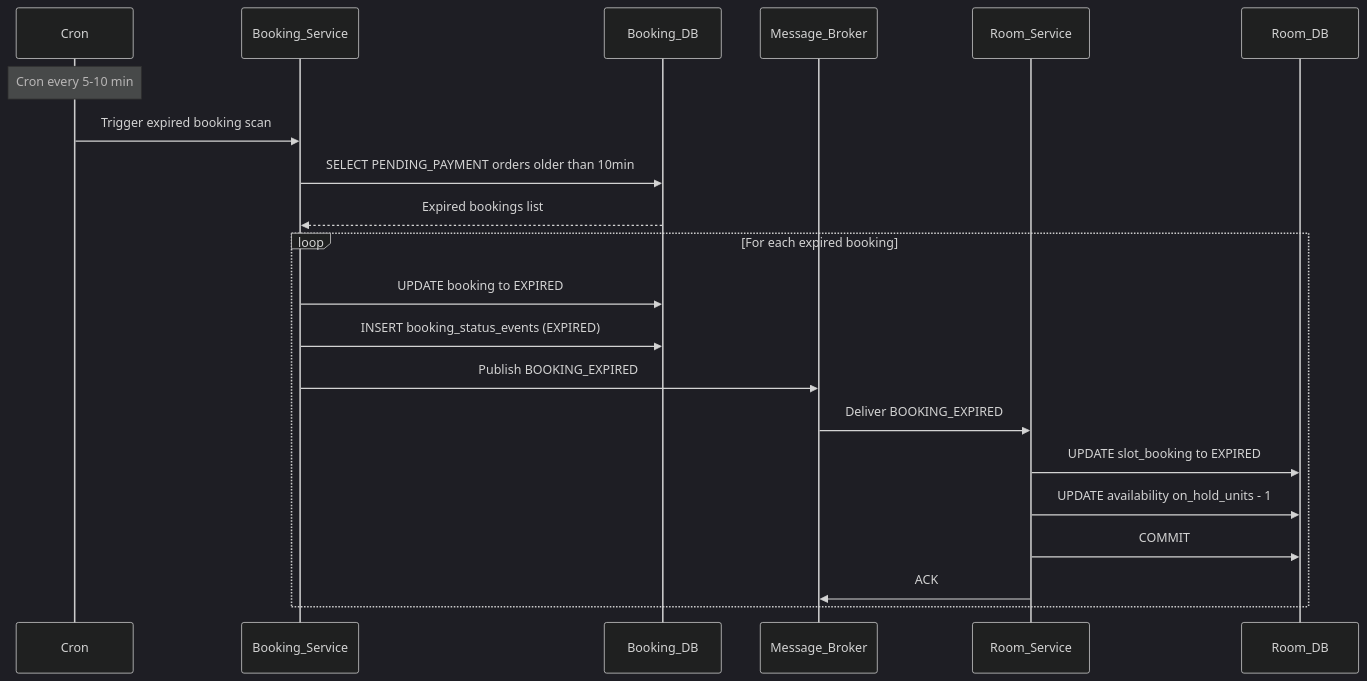
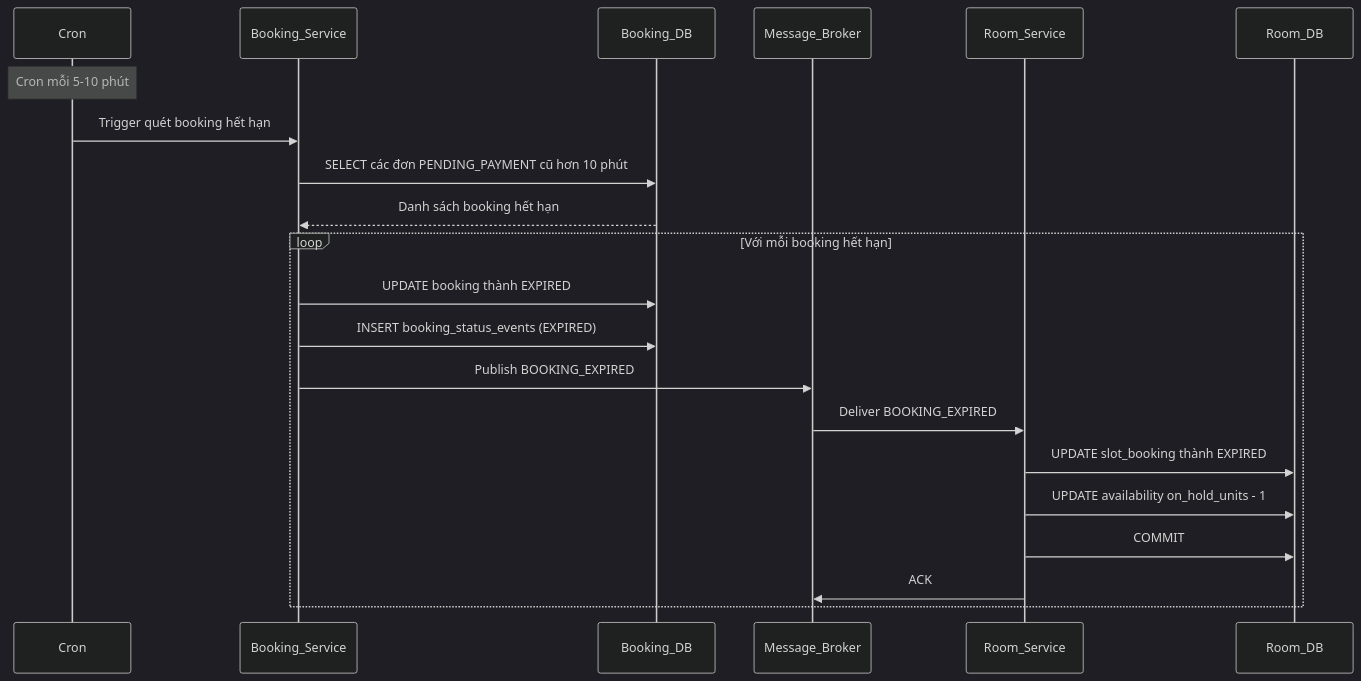
Before and after one commit to PhamVietHoangFPT/databaseHomi: the seventh of 54 diagrams in Mermaid.md, drawn with Mermaid (dark theme). The commit also changed other lines of this file and 3 other files, not shown here.

````diff
--- a/Mermaid.md
+++ b/Mermaid.md
@@ -345,25 +345,25 @@
 ```mermaid
 sequenceDiagram
     participant Cron
     participant Booking_Service
     participant Booking_DB
     participant Message_Broker
     participant Room_Service
     participant Room_DB
 
-    Note over Cron: Cron every 5-10 min
-    Cron->>Booking_Service: Trigger expired booking scan
-    Booking_Service->>Booking_DB: SELECT PENDING_PAYMENT orders older than 10min
-    Booking_DB-->>Booking_Service: Expired bookings list
+    Note over Cron: Cron mỗi 5-10 phút
+    Cron->>Booking_Service: Trigger quét booking hết hạn
+    Booking_Service->>Booking_DB: SELECT các đơn PENDING_PAYMENT cũ hơn 10 phút
+    Booking_DB-->>Booking_Service: Danh sách booking hết hạn
 
-    loop For each expired booking
-        Booking_Service->>Booking_DB: UPDATE booking to EXPIRED
+    loop Với mỗi booking hết hạn
+        Booking_Service->>Booking_DB: UPDATE booking thành EXPIRED
         Booking_Service->>Booking_DB: INSERT booking_status_events (EXPIRED)
         Booking_Service->>Message_Broker: Publish BOOKING_EXPIRED
         Message_Broker->>Room_Service: Deliver BOOKING_EXPIRED
-        Room_Service->>Room_DB: UPDATE slot_booking to EXPIRED
+        Room_Service->>Room_DB: UPDATE slot_booking thành EXPIRED
         Room_Service->>Room_DB: UPDATE availability on_hold_units - 1
         Room_Service->>Room_DB: COMMIT
         Room_Service->>Message_Broker: ACK
     end
 ```
````
